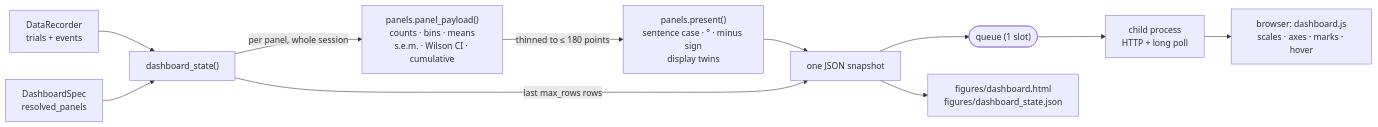
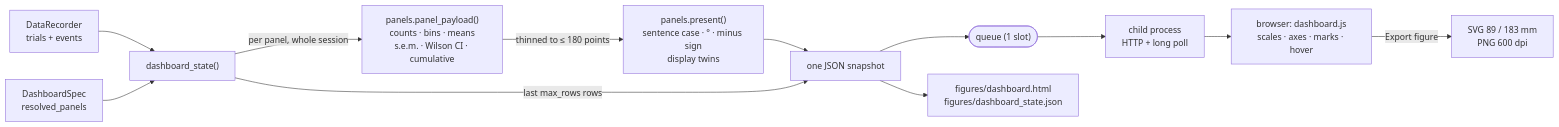
One commit to sh4r11f/alhazen changed the first of 2 diagrams in docs/dashboard.md. Above: the diagram before and after it, drawn with Mermaid. The commit also changed other lines of this file and 3 other files, not shown here.

First line of the commit message:
Export a panel as a journal-ready SVG or PNG

````diff
--- a/docs/dashboard.md
+++ b/docs/dashboard.md
@@ -70,13 +70,14 @@
 ```mermaid
 flowchart LR
   R["DataRecorder<br/>trials + events"] --> S["dashboard_state()"]
   P["DashboardSpec<br/>resolved_panels"] --> S
   S -->|"per panel, whole session"| C["panels.panel_payload()<br/>counts · bins · means<br/>s.e.m. · Wilson CI · cumulative"]
   C -->|"thinned to &le; 180 points"| N["panels.present()<br/>sentence case · ° · minus sign<br/>display twins"]
   N --> W["one JSON snapshot"]
   S -->|"last max_rows rows"| W
   W --> Q(["queue (1 slot)"])
   Q --> H["child process<br/>HTTP + long poll"]
   H --> B["browser: dashboard.js<br/>scales · axes · marks · hover"]
+  B -->|"Export figure"| X["SVG 89 / 183 mm<br/>PNG 600 dpi"]
   W --> F["figures/dashboard.html<br/>figures/dashboard_state.json"]
 ```
````
